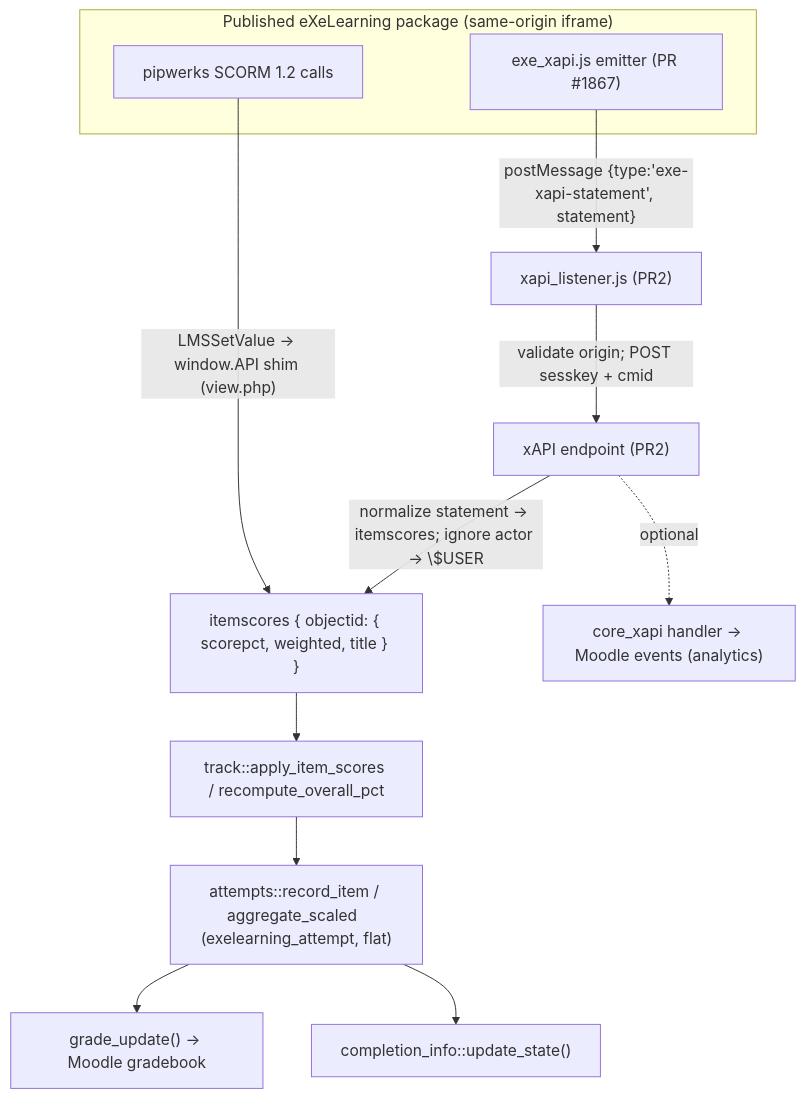
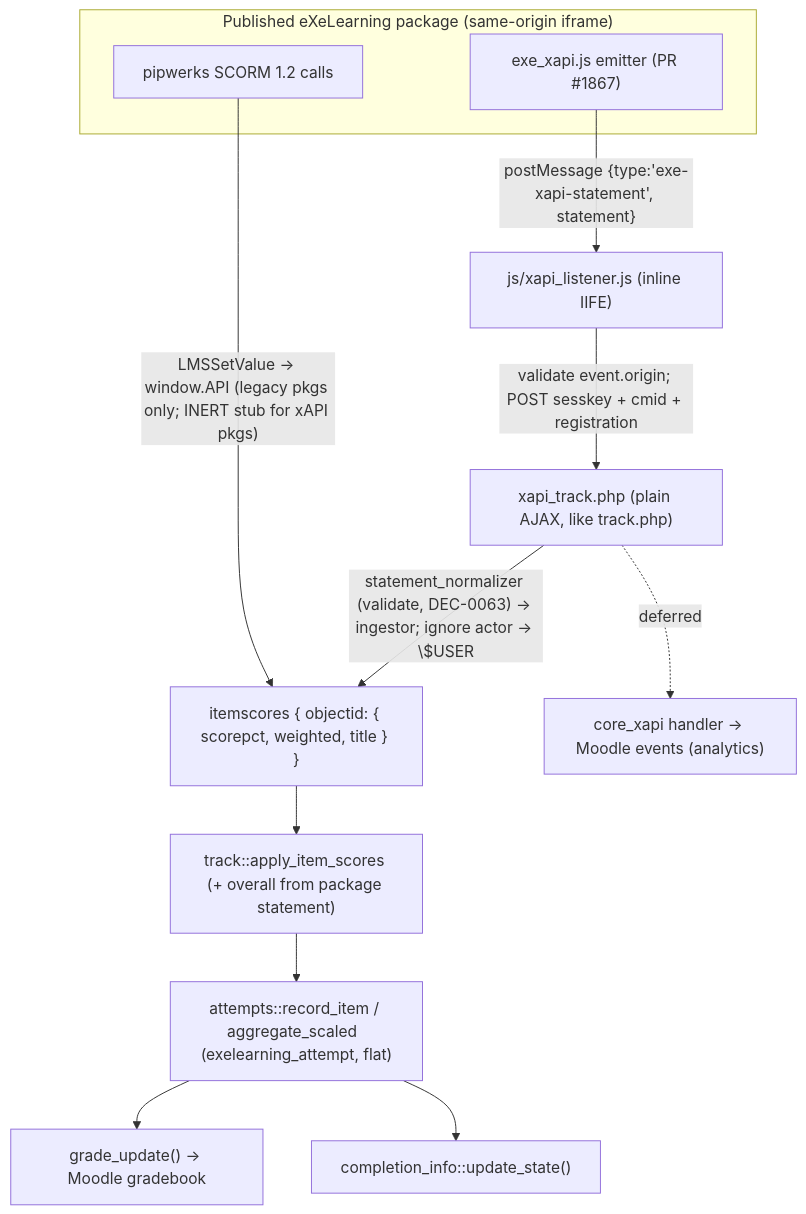
The diagram in docs/tracking-architecture.md (exelearning/mod_exelearning), drawn with Mermaid before and after one commit. The commit also changed other lines of this file and 33 other files, not shown here.

First line of the commit message:
xAPI ingestion layer (xAPI-primary) alongside SCORM (#85)

````diff
--- a/docs/tracking-architecture.md
+++ b/docs/tracking-architecture.md
@@ -30,18 +45,18 @@
 ```mermaid
 flowchart TD
   subgraph PKG["Published eXeLearning package (same-origin iframe)"]
     SCORM["pipwerks SCORM 1.2 calls"]
     XAPI["exe_xapi.js emitter (PR #1867)"]
   end
 
-  SCORM -->|"LMSSetValue → window.API shim (view.php)"| ITEMS
-  XAPI -->|"postMessage {type:'exe-xapi-statement', statement}"| LIS["xapi_listener.js  (PR2)"]
-  LIS -->|"validate origin; POST sesskey + cmid"| EP["xAPI endpoint  (PR2)"]
-  EP -->|"normalize statement → itemscores; ignore actor → \$USER"| ITEMS
+  SCORM -->|"LMSSetValue → window.API (legacy pkgs only; INERT stub for xAPI pkgs)"| ITEMS
+  XAPI -->|"postMessage {type:'exe-xapi-statement', statement}"| LIS["js/xapi_listener.js (inline IIFE)"]
+  LIS -->|"validate event.origin; POST sesskey + cmid + registration"| EP["xapi_track.php (plain AJAX, like track.php)"]
+  EP -->|"statement_normalizer (validate, DEC-0063) → ingestor; ignore actor → \$USER"| ITEMS
 
-  ITEMS["itemscores { objectid: { scorepct, weighted, title } }"] --> TR["track::apply_item_scores / recompute_overall_pct"]
+  ITEMS["itemscores { objectid: { scorepct, weighted, title } }"] --> TR["track::apply_item_scores (+ overall from package statement)"]
   TR --> AT["attempts::record_item / aggregate_scaled  (exelearning_attempt, flat)"]
   AT --> GB["grade_update() → Moodle gradebook"]
   AT --> CO["completion_info::update_state()"]
-  EP -. optional .-> HND["core_xapi handler → Moodle events (analytics)"]
+  EP -. deferred .-> HND["core_xapi handler → Moodle events (analytics)"]
 ```
````
